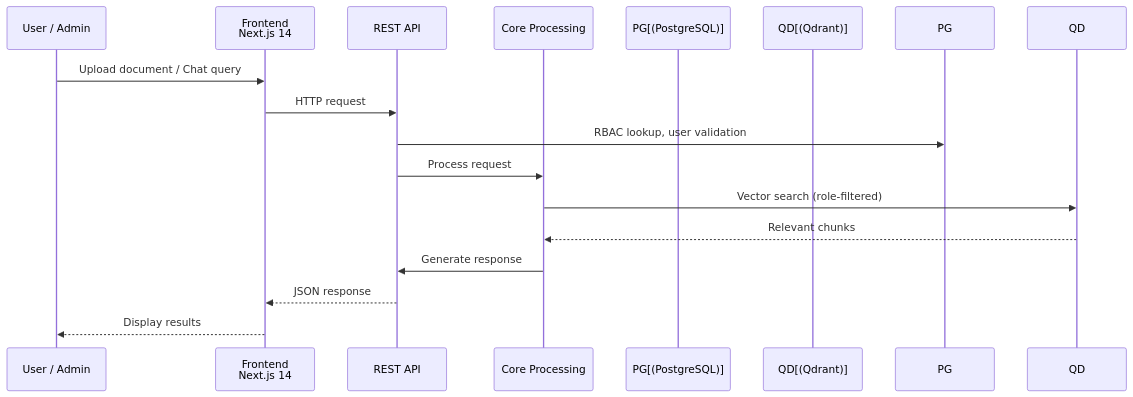
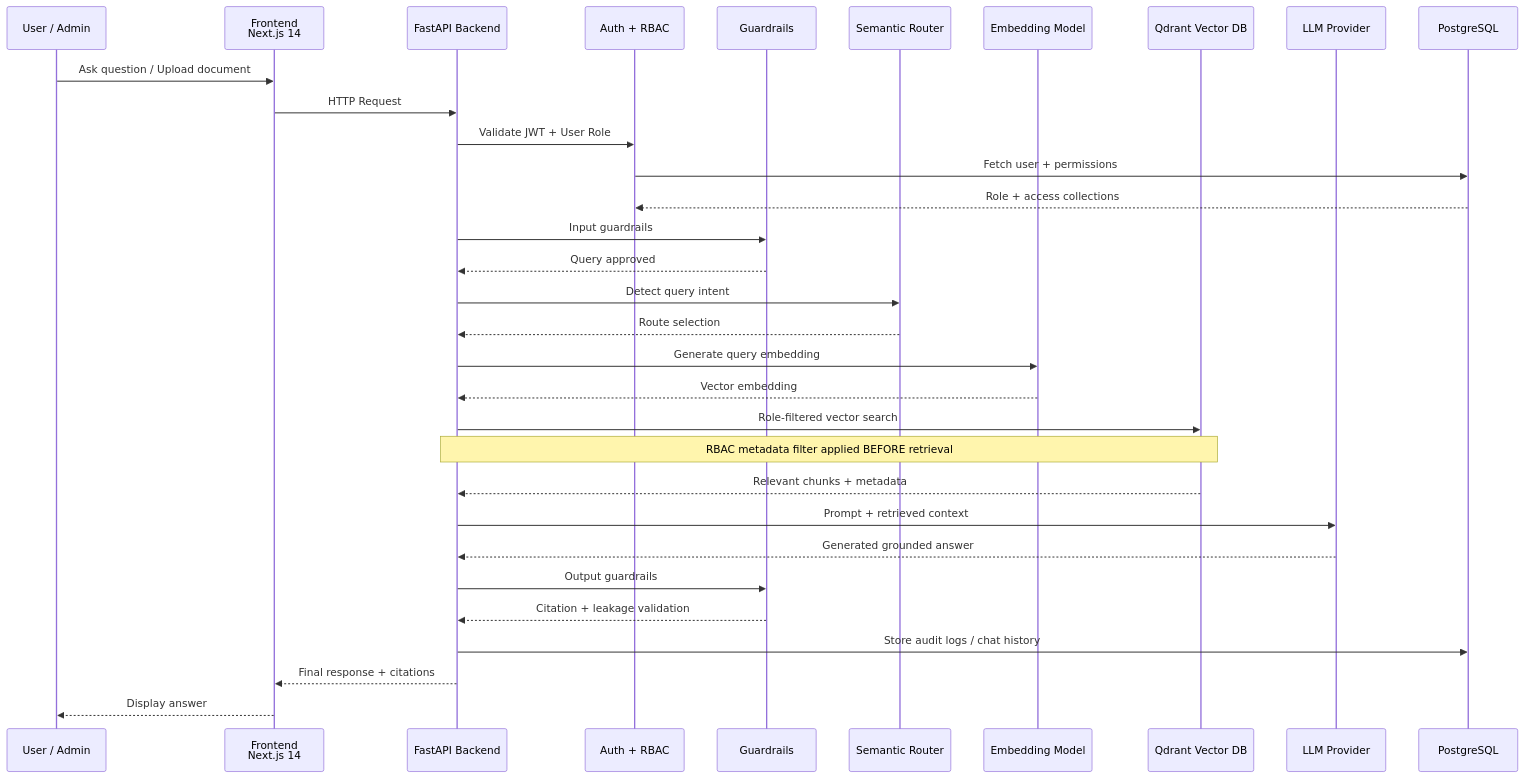
Before and after one commit to sanelectro/finbot: the second of 2 diagrams in docs/ARCHITECTURE.md, drawn with Mermaid.

Commit message:
Update architecture diagram with new components

````diff
--- a/docs/ARCHITECTURE.md
+++ b/docs/ARCHITECTURE.md
@@ -32,19 +32,47 @@
 ```mermaid
 sequenceDiagram
+
     participant User as User / Admin
-    participant Frontend as Frontend<br/>Next.js 14
-    participant API as REST API
-    participant Core as Core Processing
-    participant PG[(PostgreSQL)]
-    participant QD[(Qdrant)]
+    participant FE as Frontend<br/>Next.js 14
+    participant API as FastAPI Backend
+    participant Auth as Auth + RBAC
+    participant Guard as Guardrails
+    participant Router as Semantic Router
+    participant Embed as Embedding Model
+    participant QD as Qdrant Vector DB
+    participant LLM as LLM Provider
+    participant PG as PostgreSQL
 
-    User->>Frontend: Upload document / Chat query
-    Frontend->>API: HTTP request
-    API->>PG: RBAC lookup, user validation
-    API->>Core: Process request
-    Core->>QD: Vector search (role-filtered)
-    QD-->>Core: Relevant chunks
-    Core->>API: Generate response
-    API-->>Frontend: JSON response
-    Frontend-->>User: Display results
+    User->>FE: Ask question / Upload document
+
+    FE->>API: HTTP Request
+
+    API->>Auth: Validate JWT + User Role
+    Auth->>PG: Fetch user + permissions
+    PG-->>Auth: Role + access collections
+
+    API->>Guard: Input guardrails
+    Guard-->>API: Query approved
+
+    API->>Router: Detect query intent
+    Router-->>API: Route selection
+
+    API->>Embed: Generate query embedding
+    Embed-->>API: Vector embedding
+
+    API->>QD: Role-filtered vector search
+    Note over API,QD: RBAC metadata filter applied BEFORE retrieval
+
+    QD-->>API: Relevant chunks + metadata
+
+    API->>LLM: Prompt + retrieved context
+    LLM-->>API: Generated grounded answer
+
+    API->>Guard: Output guardrails
+    Guard-->>API: Citation + leakage validation
+
+    API->>PG: Store audit logs / chat history
+
+    API-->>FE: Final response + citations
+    FE-->>User: Display answer
 ```
````
